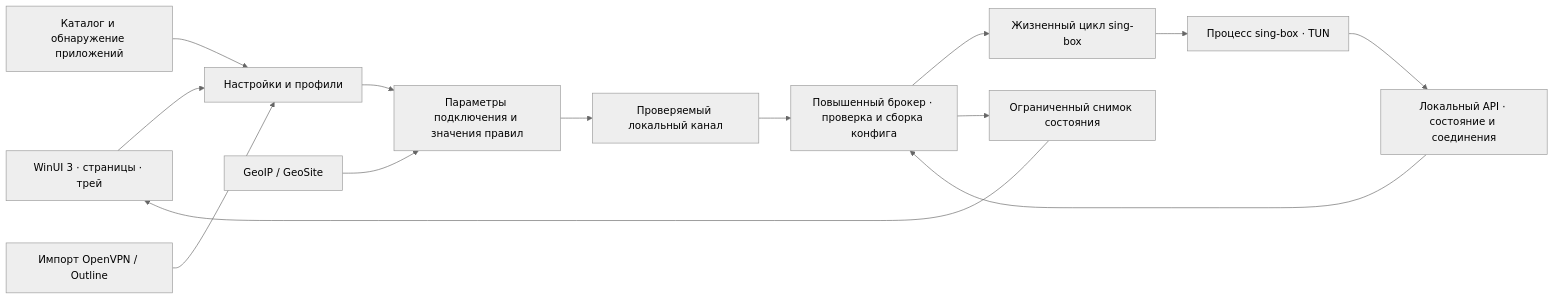
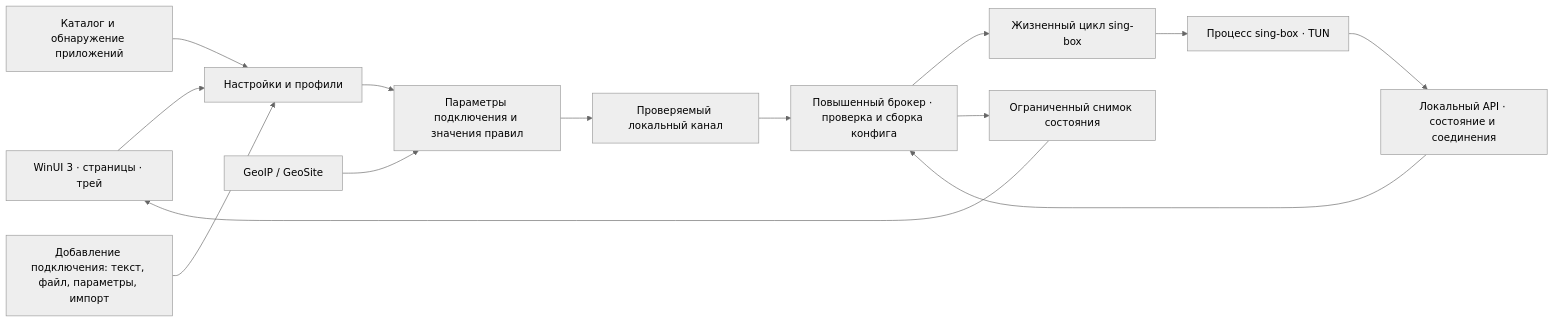
Before and after one commit to vserdobintsev/FlowVPN: the first of 2 diagrams in docs/ARCHITECTURE.md, drawn with Mermaid (neutral theme). The commit also changed other lines of this file and 16 other files, not shown here.

````diff
--- a/docs/ARCHITECTURE.md
+++ b/docs/ARCHITECTURE.md
@@ -9,16 +9,16 @@
 ```mermaid
 flowchart LR
     UI["WinUI 3 · страницы · трей"] --> Settings["Настройки и профили"]
     Discovery["Каталог и обнаружение приложений"] --> Settings
-    Import["Импорт OpenVPN / Outline"] --> Settings
+    Import["Добавление подключения: текст, файл, параметры, импорт"] --> Settings
     Base["GeoIP / GeoSite"] --> Plan["Параметры подключения и значения правил"]
     Settings --> Plan
     Plan --> IPC["Проверяемый локальный канал"]
     IPC --> Config["Повышенный брокер · проверка и сборка конфига"]
     Config --> Engine["Жизненный цикл sing-box"]
     Engine --> Core["Процесс sing-box · TUN"]
     Core --> API["Локальный API · состояние и соединения"]
     API --> Config
     Config --> State["Ограниченный снимок состояния"]
     State --> UI
 ```
````
